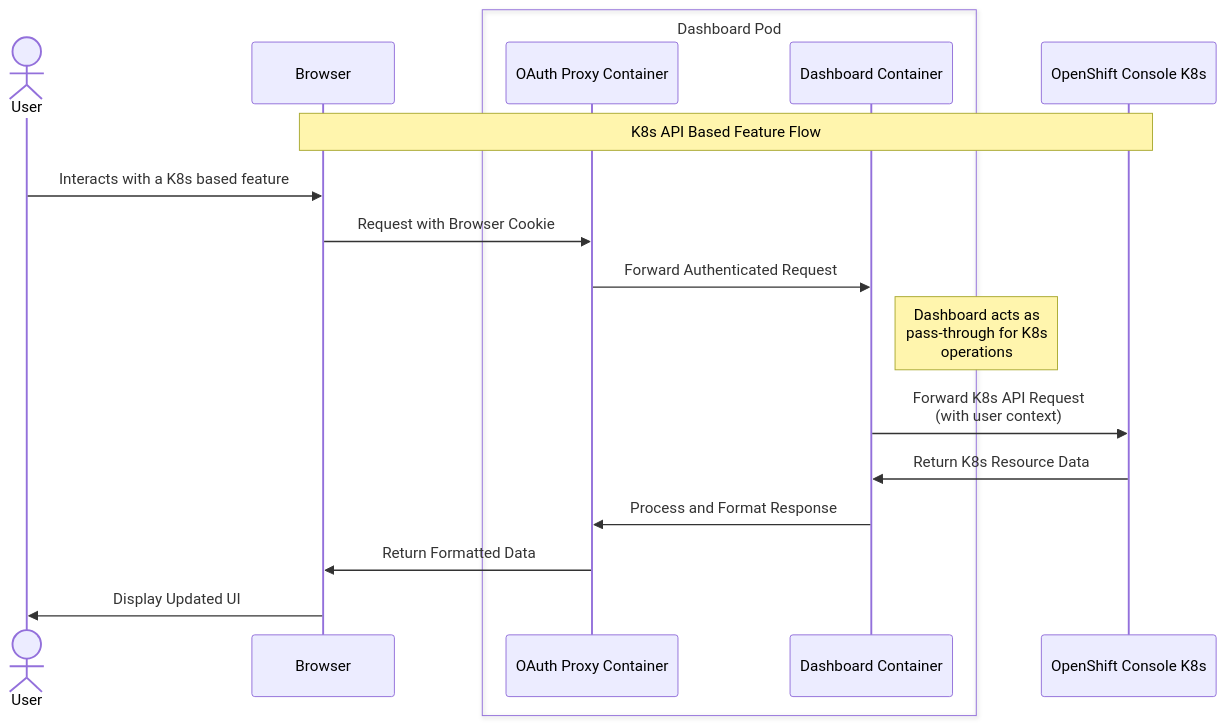
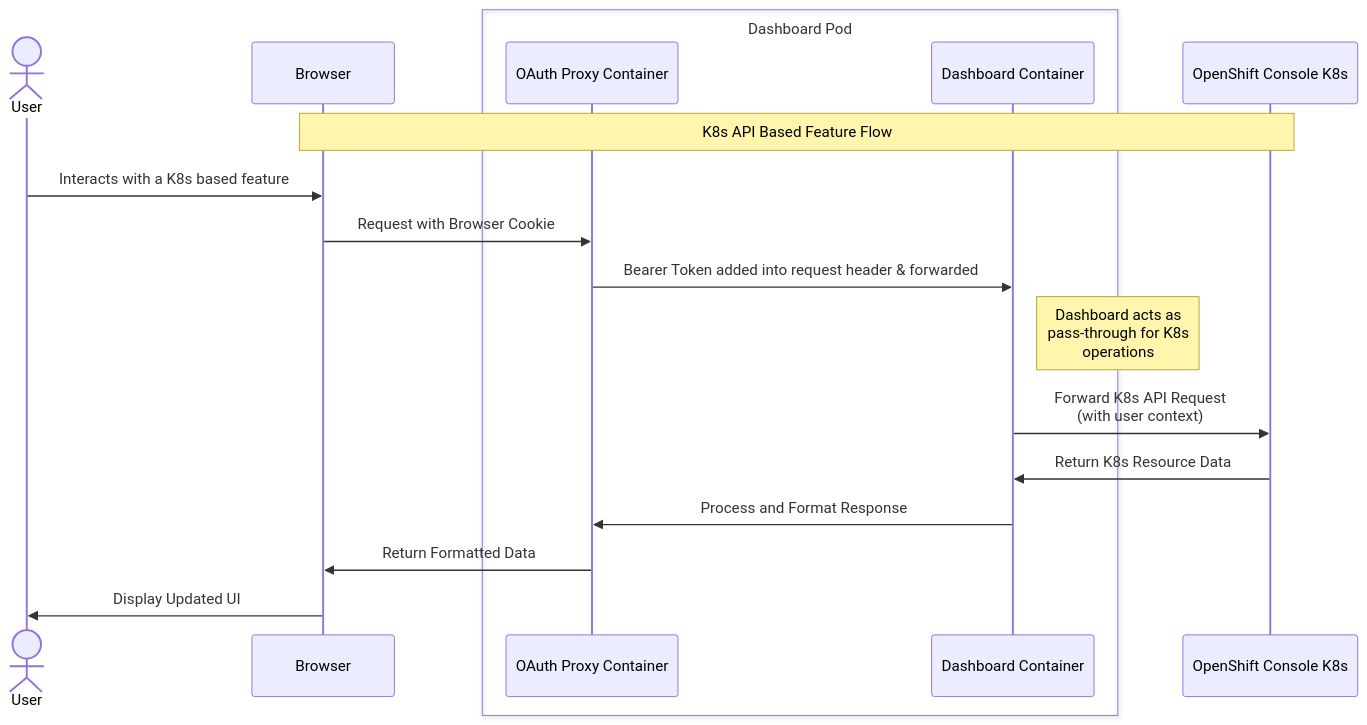
One commit to opendatahub-io/architecture-decision-records changed the third of 4 diagrams in documentation/components/dashboard/README.md. Above: the diagram before and after it, drawn with Mermaid.

````diff
--- a/documentation/components/dashboard/README.md
+++ b/documentation/components/dashboard/README.md
@@ -88,24 +88,24 @@
 ```mermaid
 sequenceDiagram
     actor User
     participant Browser
     box Dashboard Pod
     participant OAuthProxy as OAuth Proxy Container
     participant Dashboard as Dashboard Container
     end
     participant OpenShift as OpenShift Console K8s
 
     Note over Browser,OpenShift: K8s API Based Feature Flow
     
     User->>Browser: Interacts with a K8s based feature
     Browser->>OAuthProxy: Request with Browser Cookie
-    OAuthProxy->>Dashboard: Forward Authenticated Request
+    OAuthProxy->>Dashboard: Bearer Token added into request header & forwarded
     
     Note right of Dashboard: Dashboard acts as<br/>pass-through for K8s<br/>operations
     
     Dashboard->>OpenShift: Forward K8s API Request<br/>(with user context)
     OpenShift->>Dashboard: Return K8s Resource Data
     Dashboard->>OAuthProxy: Process and Format Response
     OAuthProxy->>Browser: Return Formatted Data
     Browser->>User: Display Updated UI
 ```
````
